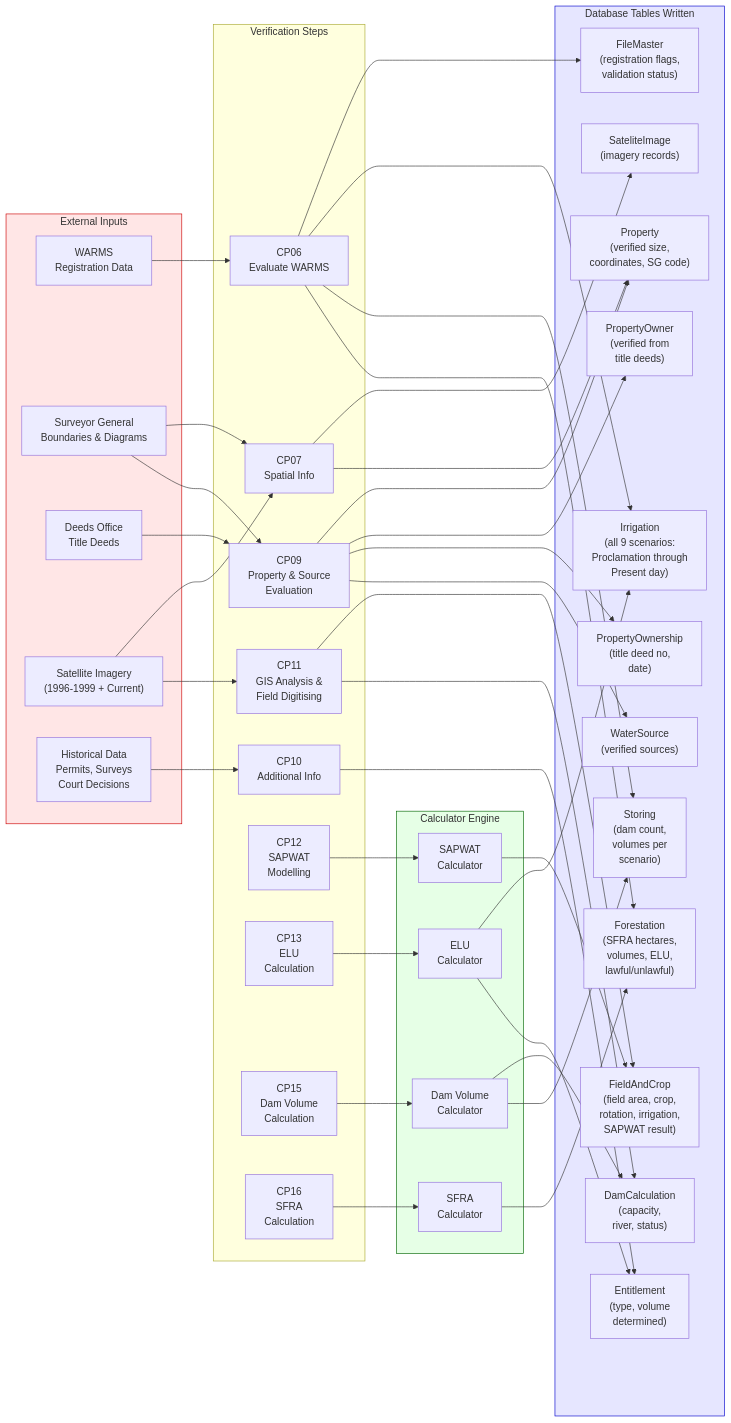
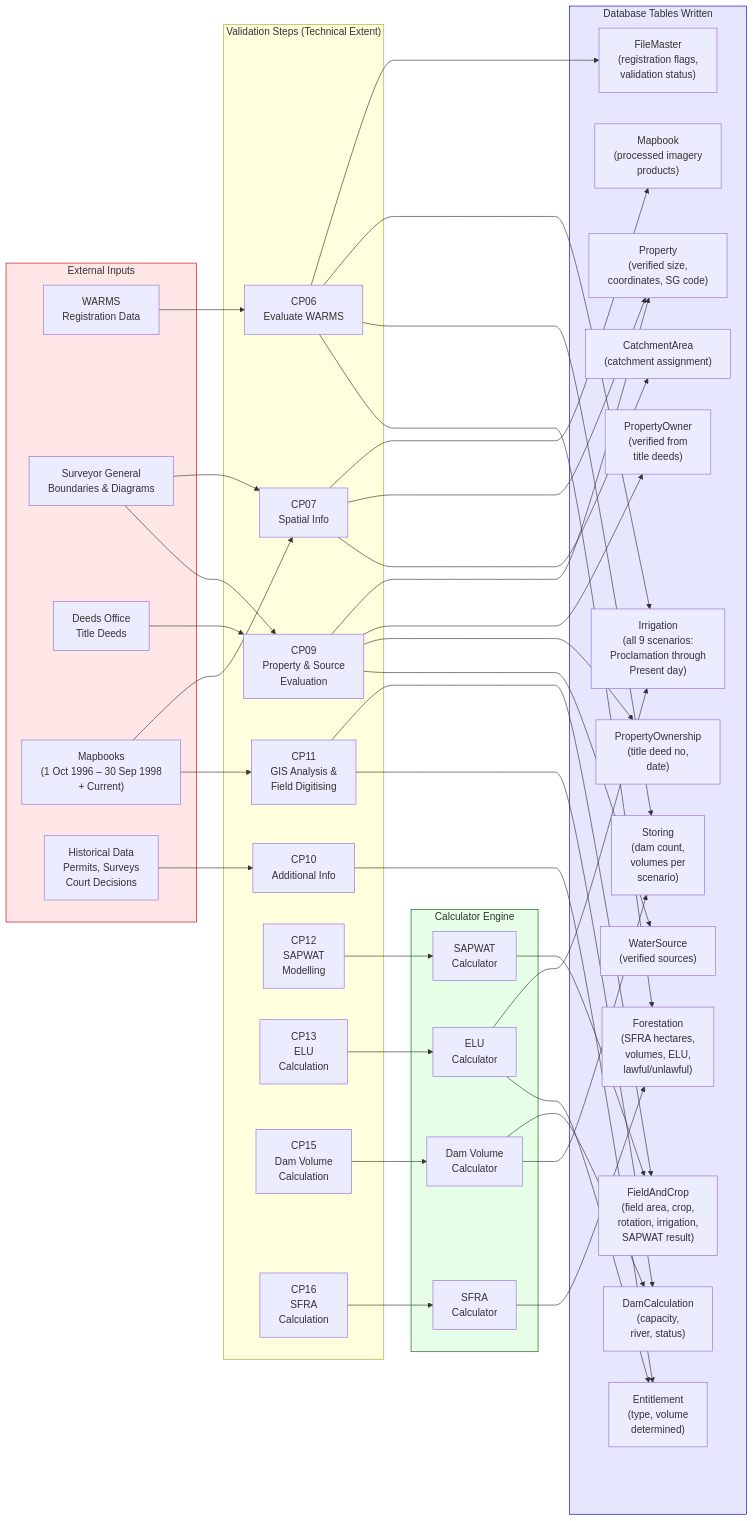
The diagram in docs/diagrams/04-data-flow-per-property.mmd (TiroMatlapeng/dwa-validation-verification), drawn with Mermaid before and after one commit. The commit also changed 121 other files, not shown here.

```diff
--- a/docs/diagrams/04-data-flow-per-property.mmd
+++ b/docs/diagrams/04-data-flow-per-property.mmd
@@ -1,86 +1,88 @@
 flowchart LR
     subgraph Inputs["External Inputs"]
         WARMS_Data["WARMS\nRegistration Data"]
         SG_Data["Surveyor General\nBoundaries & Diagrams"]
         Deeds_Data["Deeds Office\nTitle Deeds"]
-        Satellite["Satellite Imagery\n(1996-1999 + Current)"]
+        Satellite["Mapbooks\n(1 Oct 1996 – 30 Sep 1998\n+ Current)"]
         HistData["Historical Data\nPermits, Surveys\nCourt Decisions"]
     end
 
-    subgraph Phase2_Steps["Verification Steps"]
+    subgraph Phase2_Steps["Validation Steps (Technical Extent)"]
         CP06["CP06\nEvaluate WARMS"]
         CP07["CP07\nSpatial Info"]
         CP09["CP09\nProperty & Source\nEvaluation"]
         CP10["CP10\nAdditional Info"]
         CP11["CP11\nGIS Analysis &\nField Digitising"]
         CP12["CP12\nSAPWAT\nModelling"]
         CP13["CP13\nELU\nCalculation"]
         CP15["CP15\nDam Volume\nCalculation"]
         CP16["CP16\nSFRA\nCalculation"]
     end
 
     subgraph Calculators["Calculator Engine"]
         SAPWAT["SAPWAT\nCalculator"]
         ELU_Calc["ELU\nCalculator"]
         Dam_Calc["Dam Volume\nCalculator"]
         SFRA_Calc["SFRA\nCalculator"]
     end
 
     subgraph DataStore["Database Tables Written"]
         FM["FileMaster\n(registration flags,\nvalidation status)"]
         PROP["Property\n(verified size,\ncoordinates, SG code)"]
         PO["PropertyOwner\n(verified from\ntitle deeds)"]
         POWN["PropertyOwnership\n(title deed no,\ndate)"]
         IRR["Irrigation\n(all 9 scenarios:\nProclamation through\nPresent day)"]
         STOR["Storing\n(dam count,\nvolumes per\nscenario)"]
         FOR["Forestation\n(SFRA hectares,\nvolumes, ELU,\nlawful/unlawful)"]
         FC["FieldAndCrop\n(field area, crop,\nrotation, irrigation,\nSAPWAT result)"]
         DC["DamCalculation\n(capacity,\nriver, status)"]
         ENT["Entitlement\n(type, volume\ndetermined)"]
         WS["WaterSource\n(verified sources)"]
-        SI["SateliteImage\n(imagery records)"]
+        SI["Mapbook\n(processed imagery\nproducts)"]
+        CA["CatchmentArea\n(catchment assignment)"]
     end
 
     WARMS_Data --> CP06
     SG_Data --> CP07
     SG_Data --> CP09
     Deeds_Data --> CP09
     Satellite --> CP07
     Satellite --> CP11
     HistData --> CP10
 
     CP06 --> FM
     CP06 --> IRR
     CP06 --> STOR
     CP06 --> FOR
 
     CP07 --> SI
     CP07 --> PROP
+    CP07 --> CA
 
     CP09 --> PROP
     CP09 --> PO
     CP09 --> POWN
     CP09 --> WS
 
     CP10 --> ENT
 
     CP11 --> FC
     CP11 --> DC
 
     CP12 --> SAPWAT
     SAPWAT --> FC
 
     CP13 --> ELU_Calc
     ELU_Calc --> IRR
     ELU_Calc --> ENT
 
     CP15 --> Dam_Calc
     Dam_Calc --> DC
     Dam_Calc --> STOR
 
     CP16 --> SFRA_Calc
     SFRA_Calc --> FOR
 
     style Inputs fill:#ffe6e6,stroke:#cc0000
     style Calculators fill:#e6ffe6,stroke:#006600
     style DataStore fill:#e6e6ff,stroke:#0000cc
```
